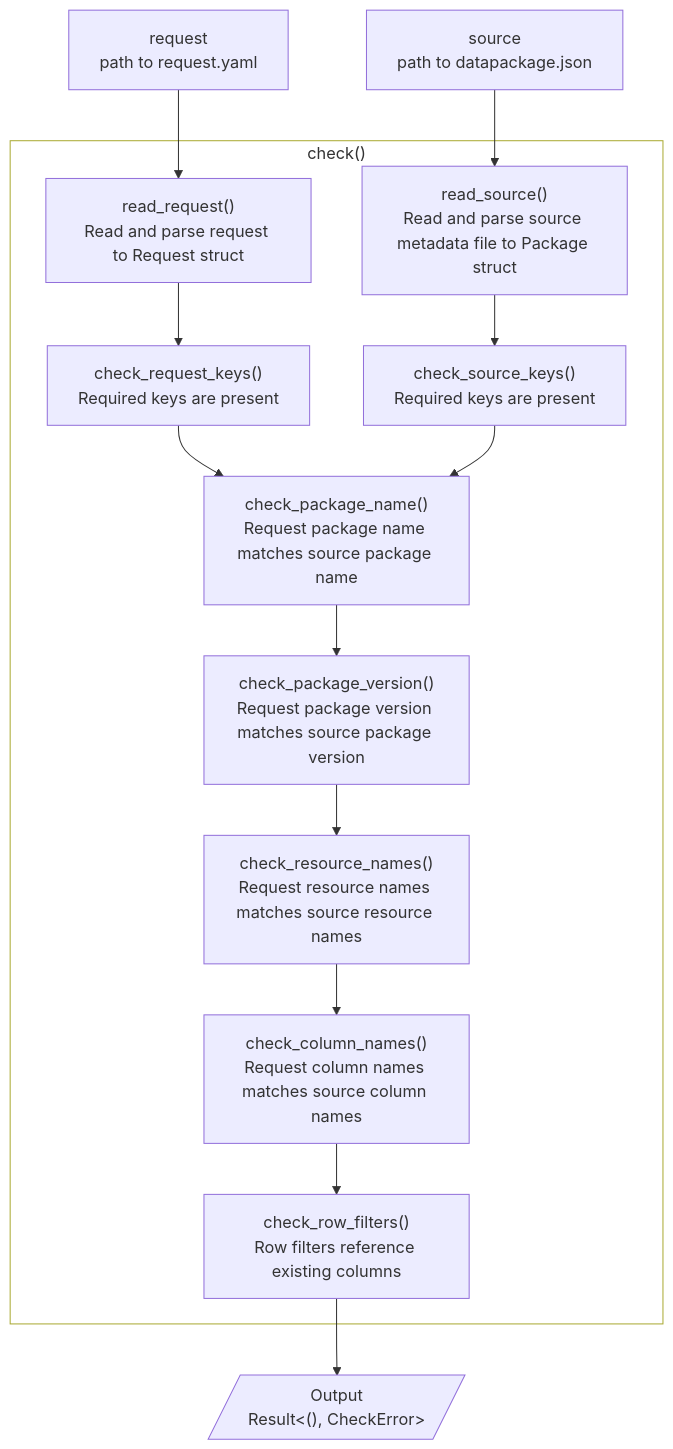
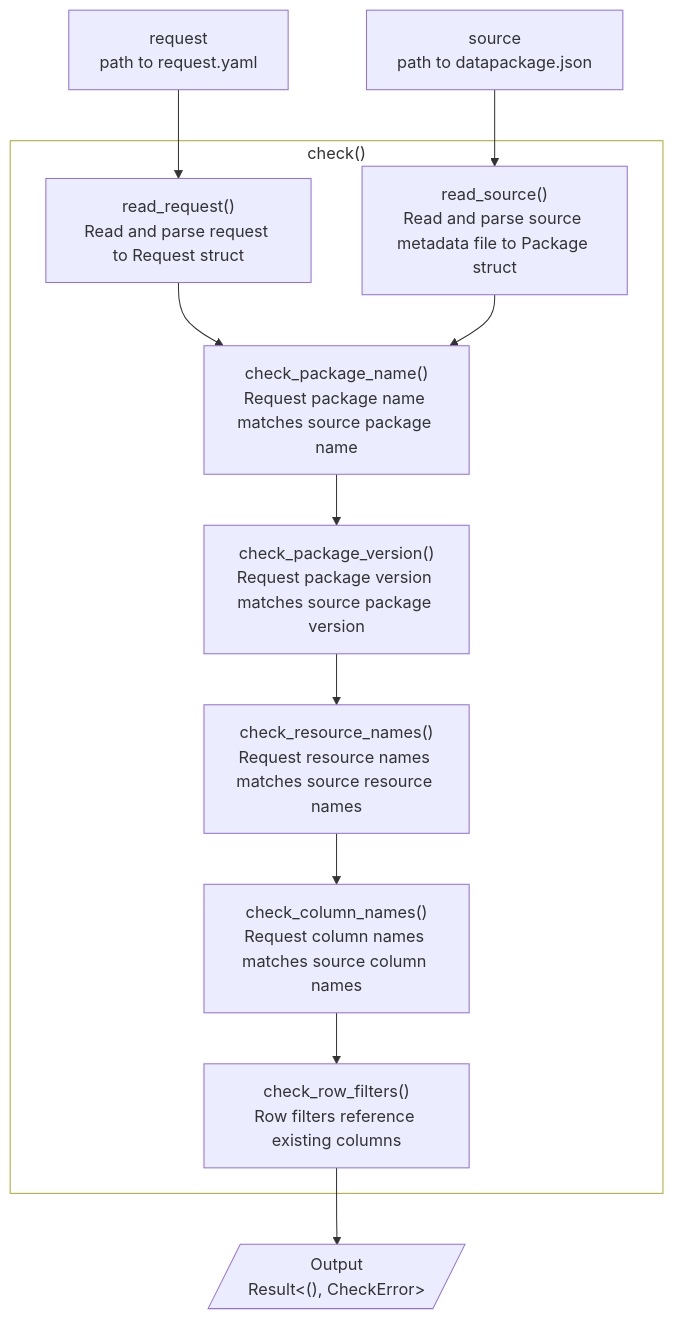
One commit to seedcase-project/seedcase-propagate changed the diagram in docs/design/interface/rust.qmd. Above: the diagram before and after it, drawn with Mermaid. The commit also changed other lines of this file, not shown here.

Commit message:
docs: :fire: remove `check_*_keys()`
We don't need them.

````diff
--- a/docs/design/interface/rust.qmd
+++ b/docs/design/interface/rust.qmd
@@ -18,34 +18,32 @@
 ```{mermaid}
 %%| label: fig-check-flow
 %%| fig-cap: "The flow of input and output through the check function."
 %%| fig-alt: >-
 %%|   Diagram showing the flow of input and output through the `check` function.
 %%|   The user provides the request and source metadata file. The function
 %%|   completes a set of checks, before returning a result that's either the
 %%|   unit type or a CheckError.
 %%|   
 
 flowchart TD
     request["request<br>path to request.yaml"]
     source["source<br>path to datapackage.json"]
     output[/"Output<br>Result&lt;(), CheckError&gt;"/]
 
     subgraph check ["check()"]
       read_request["read_request()<br>Read and parse request to Request struct"]
       read_source["read_source()<br>Read and parse source metadata file to Package struct"]
-      check_request_keys["check_request_keys()<br>Required keys are present"]
-      check_source_keys["check_source_keys()<br>Required keys are present"]
       check_package_name["check_package_name()<br>Request package name matches source package name"]
       check_package_version["check_package_version()<br>Request package version matches source package version"]
       check_resource_names["check_resource_names()<br>Request resource names matches source resource names"]
       check_column_names["check_column_names()<br>Request column names matches source column names"]
       check_row_filters["check_row_filters()<br>Row filters reference existing columns"]
     end
 
-    request --> read_request --> check_request_keys --> check_package_name --> check_package_version --> check_resource_names --> check_column_names --> check_row_filters --> output
-    source --> read_source --> check_source_keys --> check_package_name
+    request --> read_request --> check_package_name --> check_package_version --> check_resource_names --> check_column_names --> check_row_filters --> output
+    source --> read_source --> check_package_name
 
     check:::outer_function
 
   classDef outer_function fill:none
 ```
````
